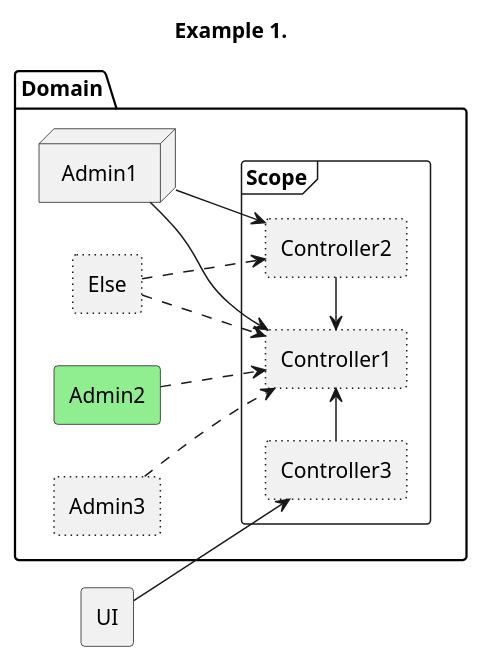
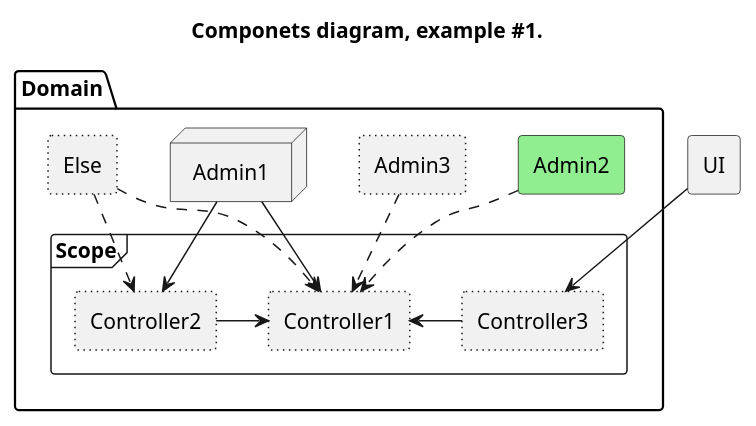
The second of 3 diagrams in ed/r/uml/plantUML.md (cn0047/stash), drawn with PlantUML before and after one commit. The commit also changed other lines of this file and 22 other files, not shown here.

````diff
--- a/ed/r/uml/plantUML.md
+++ b/ed/r/uml/plantUML.md
@@ -27,50 +27,51 @@
 ```plantuml
 @startuml
 
-title Example 1.
+title Componets diagram, example #1.
 
 left to right direction
+top to bottom direction
 allowmixing
 
 package Domain {
     node Admin1 {
     }
 
     rectangle Admin2 #lightgreen {
     }
 
     rectangle Admin3 #line.dotted {
     }
 
     rectangle Else #line.dotted {
     }
 
     frame Scope {
         rectangle Controller1 #line.dotted {
         }
 
         rectangle Controller2 #line.dotted {
         }
 
         rectangle Controller3 #line.dotted {
         }
 
         Controller2 -> Controller1
         Controller3 -> Controller1
     }
 
     Admin1 --> Controller1
     Admin1 --> Controller2
     Admin2 .-> Controller1
     Admin3 .-> Controller1
     Else .-> Controller1
     Else .-> Controller2
 }
 
 rectangle UI {
 }
 
 UI --> Controller3
 
 @enduml
 ```
````
